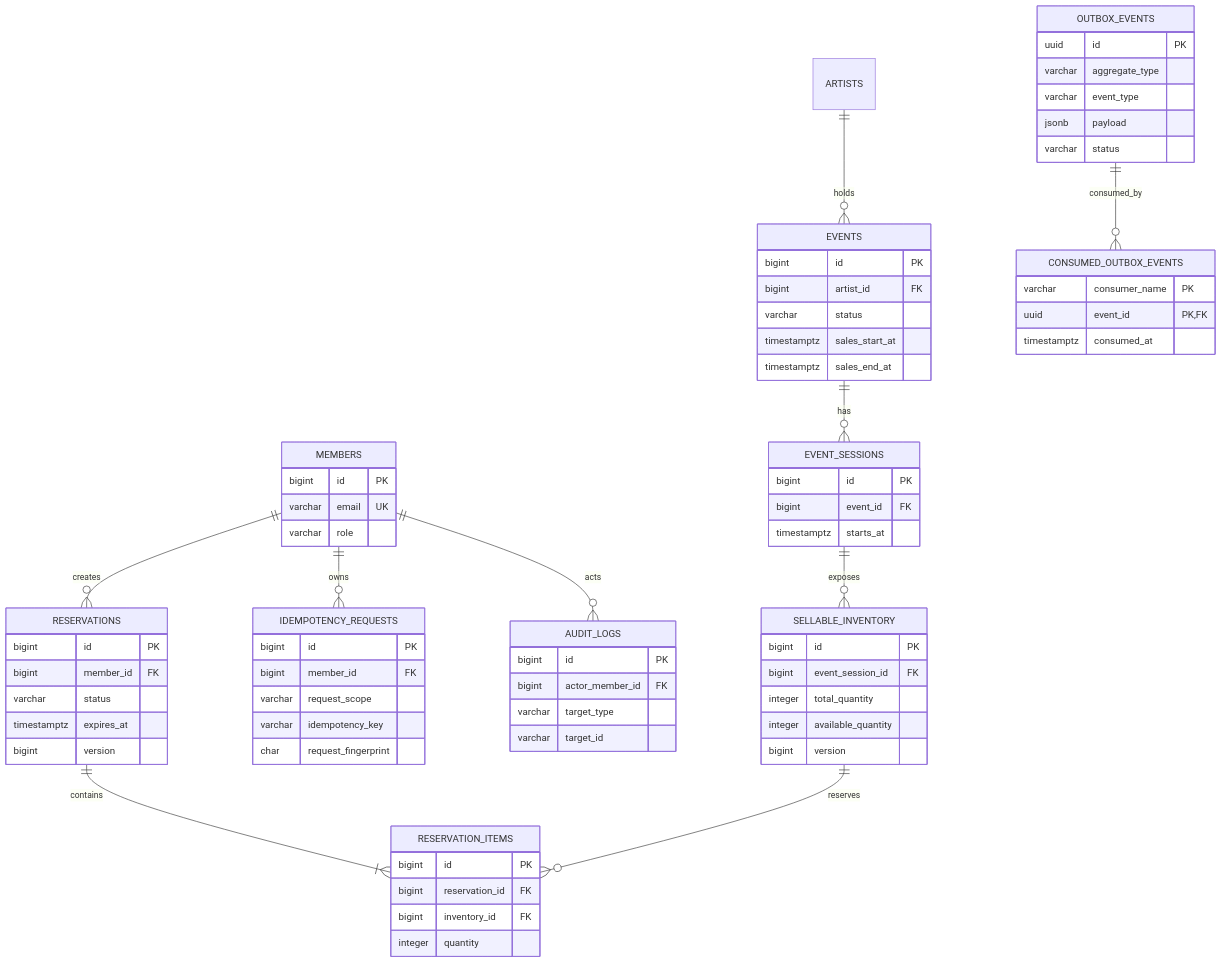
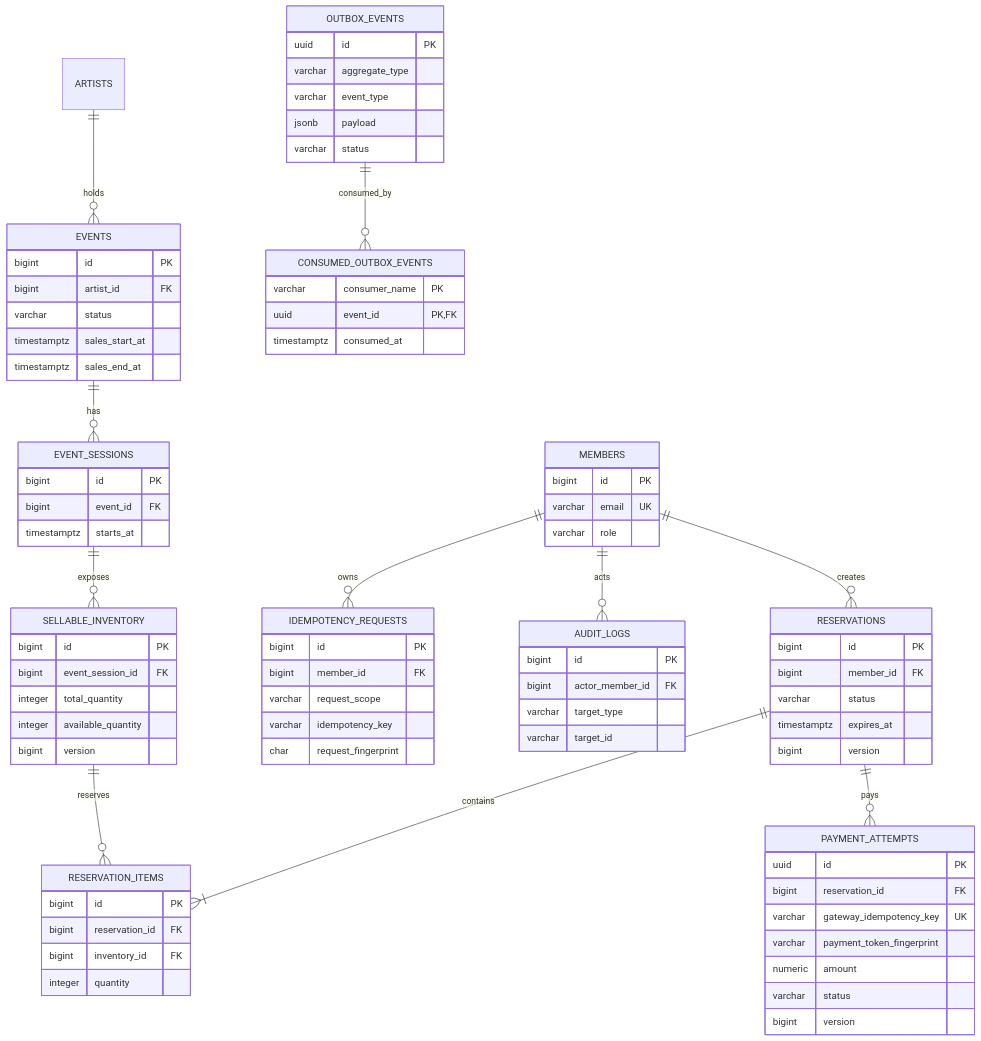
Before and after one commit to Beomballa/Ticket: the diagram in docs/architecture/erd.md, drawn with Mermaid. The commit also changed other lines of this file and 28 other files, not shown here.

```diff
--- a/docs/architecture/erd.md
+++ b/docs/architecture/erd.md
@@ -11,6 +11,7 @@
     EVENTS ||--o{ EVENT_SESSIONS : has
     EVENT_SESSIONS ||--o{ SELLABLE_INVENTORY : exposes
     RESERVATIONS ||--|{ RESERVATION_ITEMS : contains
+    RESERVATIONS ||--o{ PAYMENT_ATTEMPTS : pays
     SELLABLE_INVENTORY ||--o{ RESERVATION_ITEMS : reserves
     OUTBOX_EVENTS ||--o{ CONSUMED_OUTBOX_EVENTS : consumed_by
 
@@ -51,6 +52,15 @@
         bigint inventory_id FK
         integer quantity
     }
+    PAYMENT_ATTEMPTS {
+        uuid id PK
+        bigint reservation_id FK
+        varchar gateway_idempotency_key UK
+        varchar payment_token_fingerprint
+        numeric amount
+        varchar status
+        bigint version
+    }
     IDEMPOTENCY_REQUESTS {
         bigint id PK
         bigint member_id FK
```
